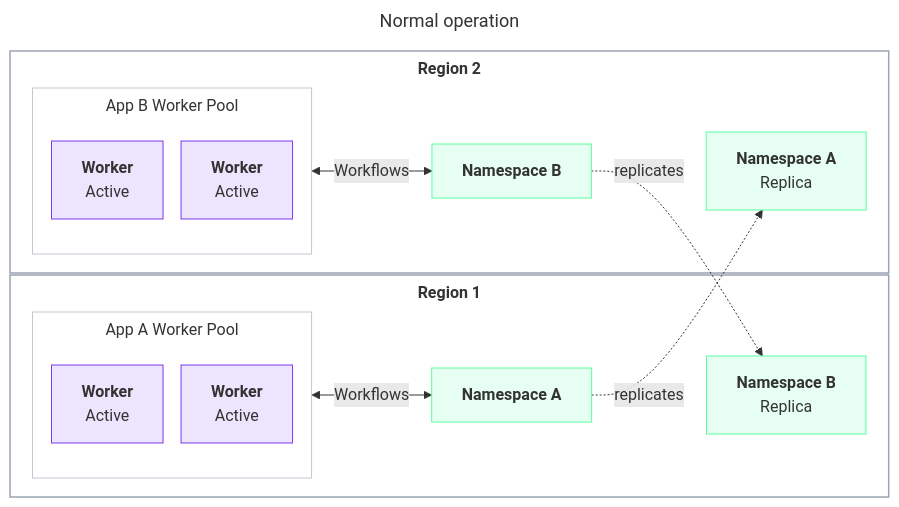
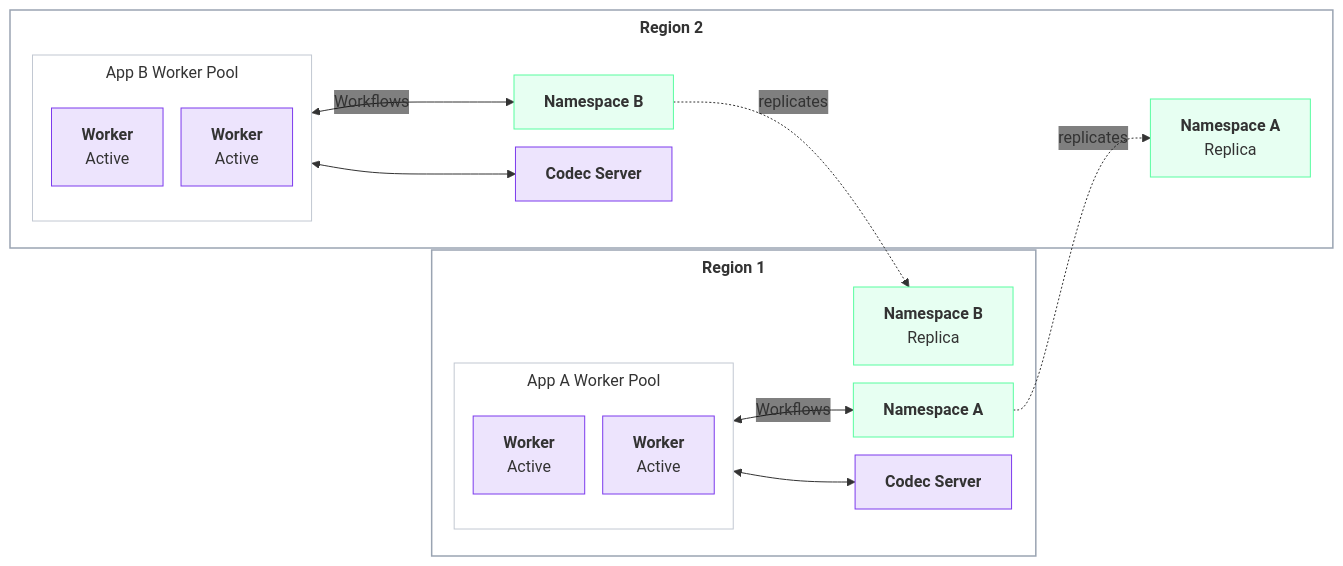
Diagram 18 of 19 in docs/cloud/high-availability/deployment-patterns.mdx (temporalio/documentation), drawn with Mermaid before and after one commit. The commit also changed other lines of this file, not shown here.

````diff
--- a/docs/cloud/high-availability/deployment-patterns.mdx
+++ b/docs/cloud/high-availability/deployment-patterns.mdx
@@ -610,33 +704,35 @@
 ```mermaid
----
-title: Normal operation
----
-%%{init: {'themeVariables':{'fontFamily':'Inter, ui-sans-serif, system-ui, sans-serif'},'flowchart':{'nodeSpacing':18,'rankSpacing':45,'curve':'basis','subGraphTitleMargin':{'top':6,'bottom':12}}}}%%
+%%{init: {'themeVariables':{'fontFamily':'Inter, ui-sans-serif, system-ui, sans-serif','edgeLabelBackground':'transparent'},'flowchart':{'nodeSpacing':18,'rankSpacing':45,'curve':'basis','subGraphTitleMargin':{'top':6,'bottom':12}}}}%%
 flowchart LR
     classDef worker fill:#7C3AED22,stroke:#7C3AED,stroke-width:1px;
     classDef ns fill:#59FDA024,stroke:#59FDA0,stroke-width:1px;
+    classDef ext fill:#7C3AED22,stroke:#7C3AED,stroke-width:1px;
     classDef region fill:transparent,stroke:#9aa4b2,stroke-width:1.5px;
     classDef pool fill:transparent,stroke:#c2c8d2,stroke-width:1px;
     subgraph DUNR1["<b>Region 1</b>"]
       subgraph DUNWPA["App A Worker Pool"]
         DUNA1["<b>Worker</b><br/>Active"]:::worker
         DUNA2["<b>Worker</b><br/>Active"]:::worker
       end
       DUNNAa["<b>Namespace A</b>"]:::ns
       DUNNBp["<b>Namespace B</b><br/>Replica"]:::ns
+      DUNCODEC1["<b>Codec Server</b>"]:::ext
       DUNWPA <-->|Workflows| DUNNAa
+      DUNWPA <--> DUNCODEC1
     end
     subgraph DUNR2["<b>Region 2</b>"]
       subgraph DUNWPB["App B Worker Pool"]
         DUNB1["<b>Worker</b><br/>Active"]:::worker
         DUNB2["<b>Worker</b><br/>Active"]:::worker
       end
       DUNNBa["<b>Namespace B</b>"]:::ns
       DUNNAp["<b>Namespace A</b><br/>Replica"]:::ns
+      DUNCODEC2["<b>Codec Server</b>"]:::ext
       DUNWPB <-->|Workflows| DUNNBa
+      DUNWPB <--> DUNCODEC2
     end
     DUNNAa -. replicates .-> DUNNAp
     DUNNBa -. replicates .-> DUNNBp
     class DUNR1,DUNR2 region
     class DUNWPA,DUNWPB pool
 ```
````
